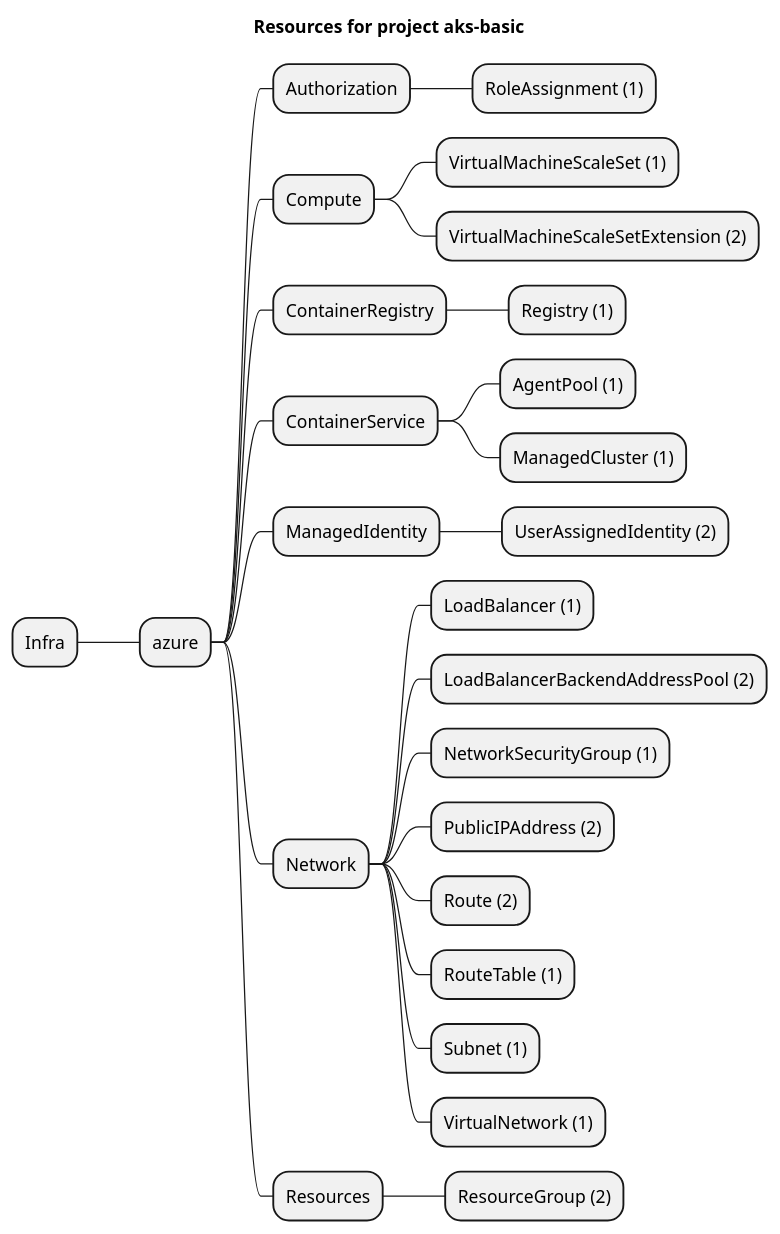
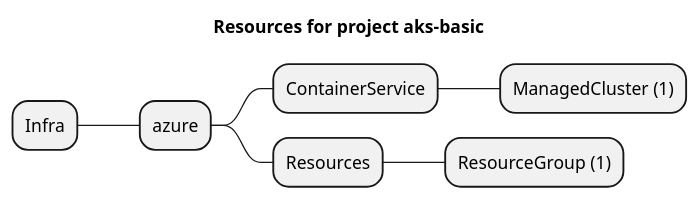
One commit to grucloud/grucloud changed the diagram in examples/azure/ContainerService/aks-basic/artifacts/resources-mindmap.puml. Above: the diagram before and after it, drawn with PlantUML. The commit also changed 48 other files, not shown here.

```diff
--- a/examples/azure/ContainerService/aks-basic/artifacts/resources-mindmap.puml
+++ b/examples/azure/ContainerService/aks-basic/artifacts/resources-mindmap.puml
@@ -1,29 +1,10 @@
 @startmindmap
 title Resources for project aks-basic
 skinparam monochrome true
 + Infra
 ++ azure
-+++ Authorization
-++++ RoleAssignment (1)
-+++ Compute
-++++ VirtualMachineScaleSet (1)
-++++ VirtualMachineScaleSetExtension (2)
-+++ ContainerRegistry
-++++ Registry (1)
 +++ ContainerService
-++++ AgentPool (1)
 ++++ ManagedCluster (1)
-+++ ManagedIdentity
-++++ UserAssignedIdentity (2)
-+++ Network
-++++ LoadBalancer (1)
-++++ LoadBalancerBackendAddressPool (2)
-++++ NetworkSecurityGroup (1)
-++++ PublicIPAddress (2)
-++++ Route (2)
-++++ RouteTable (1)
-++++ Subnet (1)
-++++ VirtualNetwork (1)
 +++ Resources
-++++ ResourceGroup (2)
+++++ ResourceGroup (1)
 @endmindmap
```
